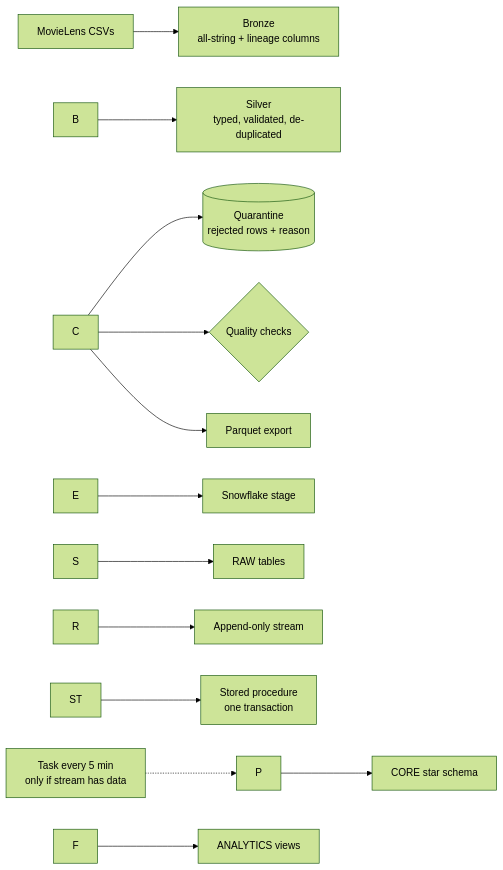
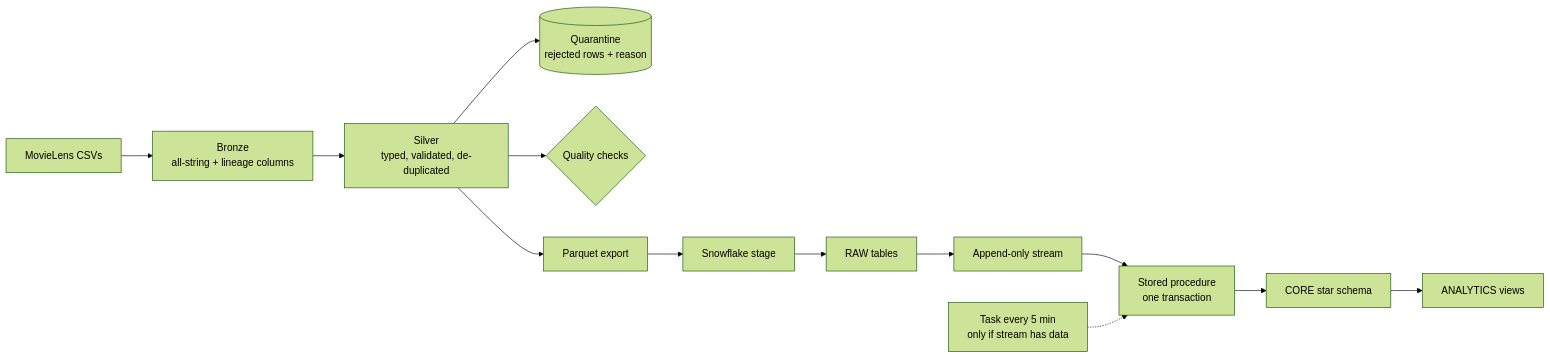
The first of 2 diagrams in README.md (Mahak516/movielens-lakehouse), drawn with Mermaid (forest theme) before and after one commit. The commit also changed other lines of this file, not shown here.

````diff
--- a/README.md
+++ b/README.md
@@ -11,15 +11,15 @@
 ```mermaid
 flowchart LR
-    A\[MovieLens CSVs] --> B\[Bronze<br/>all-string + lineage columns]
-    B --> C\[Silver<br/>typed, validated, de-duplicated]
-    C --> Q\[(Quarantine<br/>rejected rows + reason)]
+    A[MovieLens CSVs] --> B[Bronze<br/>all-string + lineage columns]
+    B --> C[Silver<br/>typed, validated, de-duplicated]
+    C --> Q[(Quarantine<br/>rejected rows + reason)]
     C --> K{Quality checks}
-    C --> E\[Parquet export]
-    E --> S\[Snowflake stage]
-    S --> R\[RAW tables]
-    R --> ST\[Append-only stream]
-    ST --> P\[Stored procedure<br/>one transaction]
-    P --> F\[CORE star schema]
-    F --> V\[ANALYTICS views]
-    T\[Task every 5 min<br/>only if stream has data] -.-> P
+    C --> E[Parquet export]
+    E --> S[Snowflake stage]
+    S --> R[RAW tables]
+    R --> ST[Append-only stream]
+    ST --> P[Stored procedure<br/>one transaction]
+    P --> F[CORE star schema]
+    F --> V[ANALYTICS views]
+    T[Task every 5 min<br/>only if stream has data] -.-> P
 ```
````
